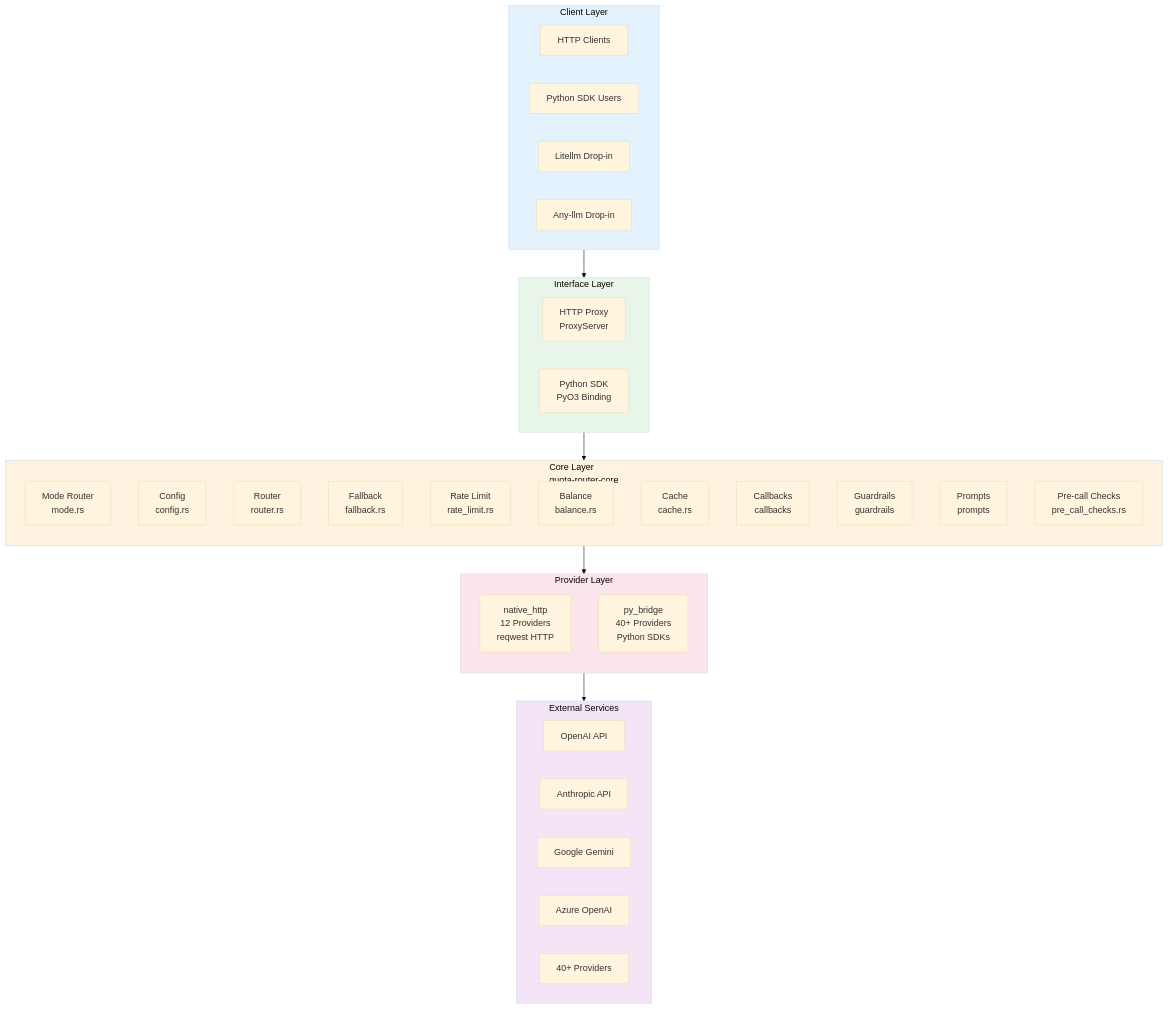
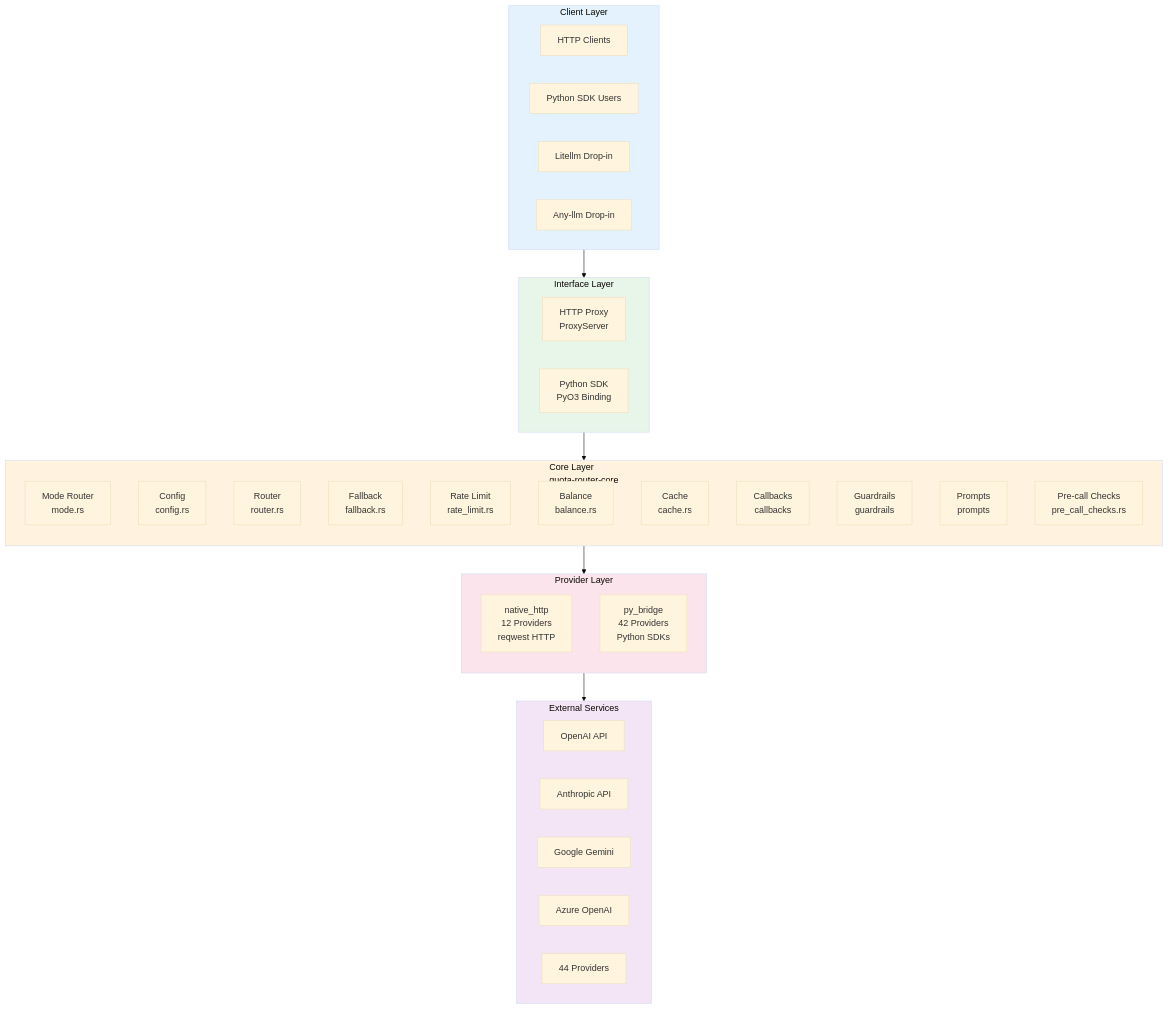
Before and after one commit to CipherOcto/cipherocto: the first of 19 diagrams in docs/architecture/quota-router-architecture.md, drawn with Mermaid (base theme). The commit also changed other lines of this file, not shown here.

First line of the commit message:
docs: fix 33 inaccuracies in architecture document via adversarial review

````diff
--- a/docs/architecture/quota-router-architecture.md
+++ b/docs/architecture/quota-router-architecture.md
@@ -30,54 +30,54 @@
 ```mermaid
 graph TB
     subgraph Clients["Client Layer"]
         C1[HTTP Clients]
         C2[Python SDK Users]
         C3[Litellm Drop-in]
         C4[Any-llm Drop-in]
     end
 
     subgraph Interfaces["Interface Layer"]
         I1[HTTP Proxy<br/>ProxyServer]
         I2[Python SDK<br/>PyO3 Binding]
     end
 
     subgraph Core["Core Layer<br/>quota-router-core"]
         direction TB
         M1[Mode Router<br/>mode.rs]
         M2[Config<br/>config.rs]
         M3[Router<br/>router.rs]
         M4[Fallback<br/>fallback.rs]
         M5[Rate Limit<br/>rate_limit.rs]
         M6[Balance<br/>balance.rs]
         M7[Cache<br/>cache.rs]
         M8[Callbacks<br/>callbacks]
         M9[Guardrails<br/>guardrails]
         M10[Prompts<br/>prompts]
         M11[Pre-call Checks<br/>pre_call_checks.rs]
     end
 
     subgraph Providers["Provider Layer"]
         direction TB
         P1[native_http<br/>12 Providers<br/>reqwest HTTP]
-        P2[py_bridge<br/>40+ Providers<br/>Python SDKs]
+        P2[py_bridge<br/>42 Providers<br/>Python SDKs]
     end
 
     subgraph External["External Services"]
         E1[OpenAI API]
         E2[Anthropic API]
         E3[Google Gemini]
         E4[Azure OpenAI]
-        E5[40+ Providers]
+        E5[44 Providers]
     end
 
     Clients --> Interfaces
     Interfaces --> Core
     Core --> Providers
     Providers --> External
 
     style Clients fill:#e3f2fd
     style Interfaces fill:#e8f5e9
     style Core fill:#fff3e0
     style Providers fill:#fce4ec
     style External fill:#f3e5f5
 ```
````
